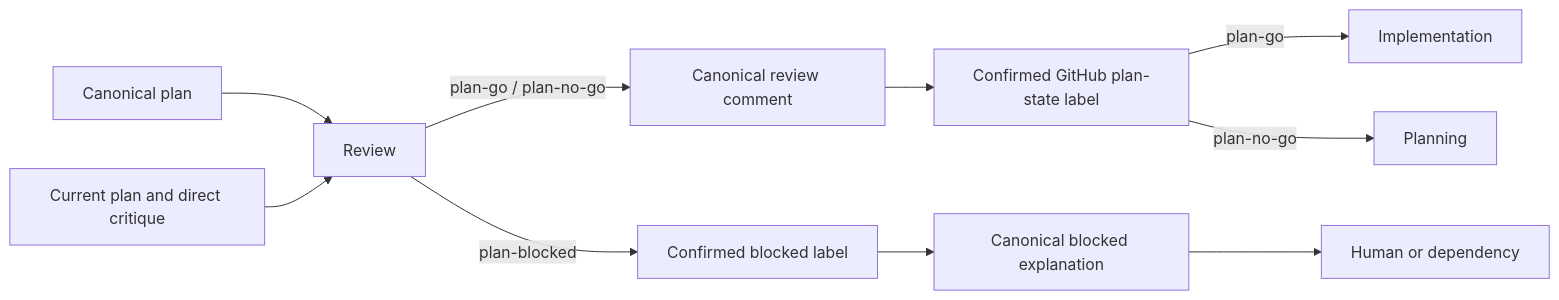
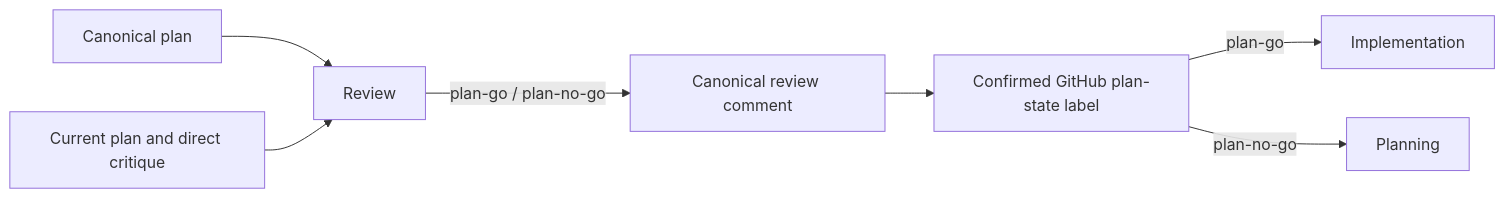
The seventh of 16 diagrams in docs/architecture.md (HomericIntelligence/Hephaestus), drawn with Mermaid before and after one commit. The commit also changed other lines of this file and 88 other files, not shown here.

````diff
--- a/docs/architecture.md
+++ b/docs/architecture.md
@@ -1037,12 +978,9 @@
 ```mermaid
 flowchart LR
     Plan["Canonical plan"] --> Review
     History["Current plan and direct critique"] --> Review
     Review -->|"plan-go / plan-no-go"| CanonicalReview["Canonical review comment"]
     CanonicalReview --> Label["Confirmed GitHub plan-state label"]
-    Review -->|"plan-blocked"| BlockLatch["Confirmed blocked label"]
-    BlockLatch --> BlockAudit["Canonical blocked explanation"]
     Label -->|"plan-go"| Implementation
     Label -->|"plan-no-go"| Planning
-    BlockAudit --> External["Human or dependency"]
 ```
````
